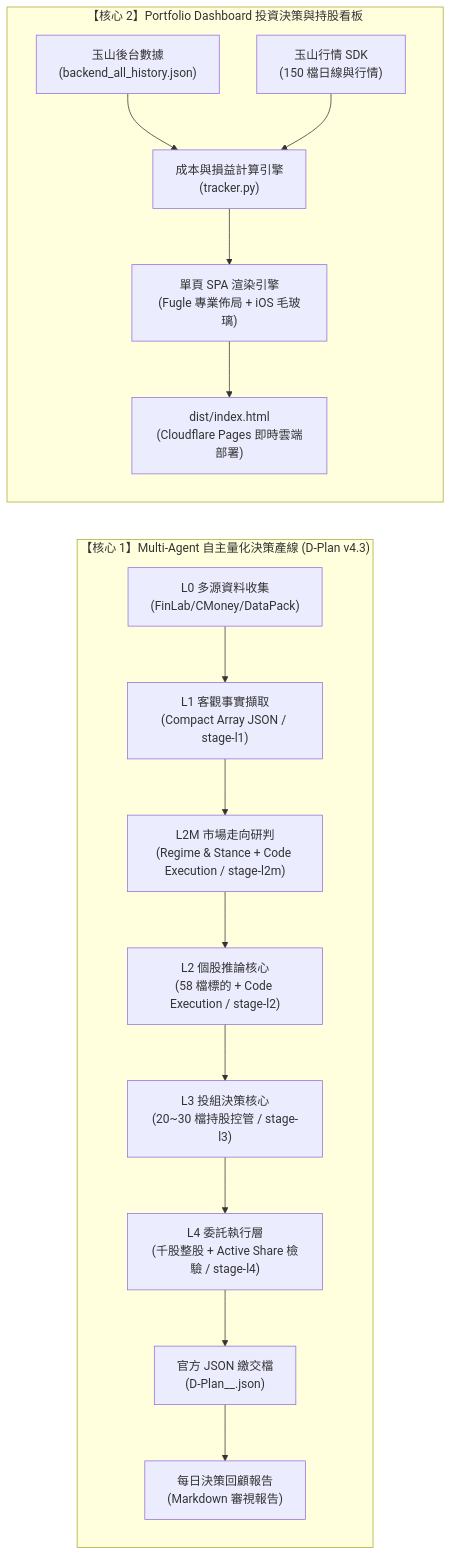
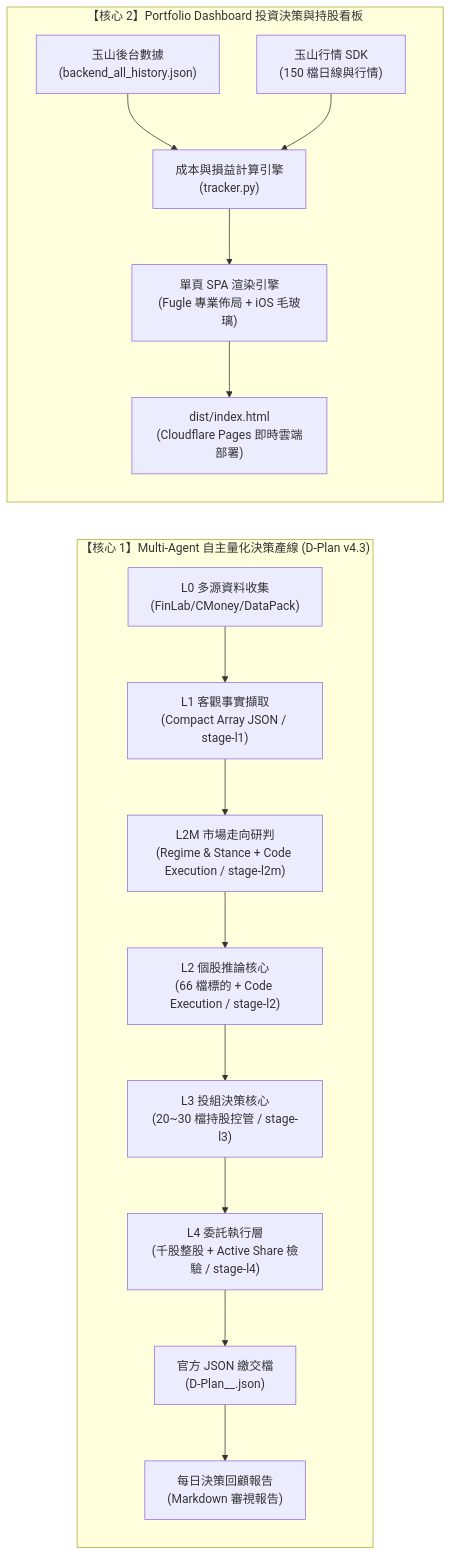
Before and after one commit to codyliao0327/esun-ai-cup-2026: the first of 2 diagrams in README.md, drawn with Mermaid. The commit also changed other lines of this file and 10 other files, not shown here.

````diff
--- a/README.md
+++ b/README.md
@@ -14,19 +14,19 @@
 ```mermaid
 flowchart LR
     subgraph Core1["【核心 1】Multi-Agent 自主量化決策產線 (D-Plan v4.3)"]
         L0["L0 多源資料收集\n(FinLab/CMoney/DataPack)"] --> L1["L1 客觀事實擷取\n(Compact Array JSON / stage-l1)"]
         L1 --> L2M["L2M 市場走向研判\n(Regime & Stance + Code Execution / stage-l2m)"]
-        L2M --> L2["L2 個股推論核心\n(58 檔標的 + Code Execution / stage-l2)"]
+        L2M --> L2["L2 個股推論核心\n(66 檔標的 + Code Execution / stage-l2)"]
         L2 --> L3["L3 投組決策核心\n(20~30 檔持股控管 / stage-l3)"]
         L3 --> L4["L4 委託執行層\n(千股整股 + Active Share 檢驗 / stage-l4)"]
         L4 --> OUT["官方 JSON 繳交檔\n(D-Plan_<team_id>_<date>.json)"]
         OUT --> REP["每日決策回顧報告\n(Markdown 審視報告)"]
     end
 
     subgraph Core2["【核心 2】Portfolio Dashboard 投資決策與持股看板"]
         BACK["玉山後台數據\n(backend_all_history.json)"] --> TRACK["成本與損益計算引擎\n(tracker.py)"]
         ESUN_API["玉山行情 SDK\n(150 檔日線與行情)"] --> TRACK
         TRACK --> BUILD["單頁 SPA 渲染引擎\n(Fugle 專業佈局 + iOS 毛玻璃)"]
         BUILD --> DIST["dist/index.html\n(Cloudflare Pages 即時雲端部署)"]
     end
 ```
````
